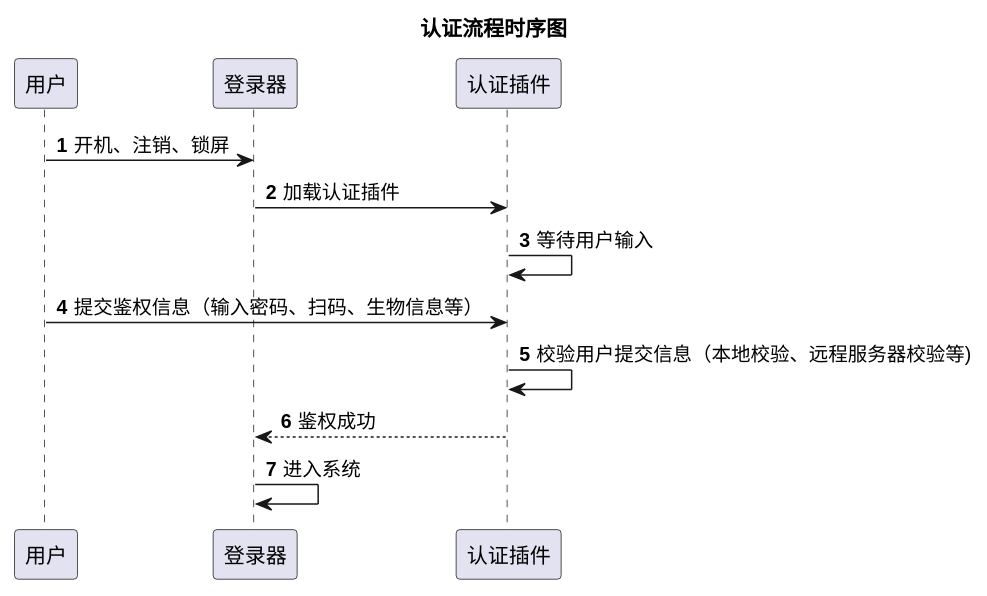
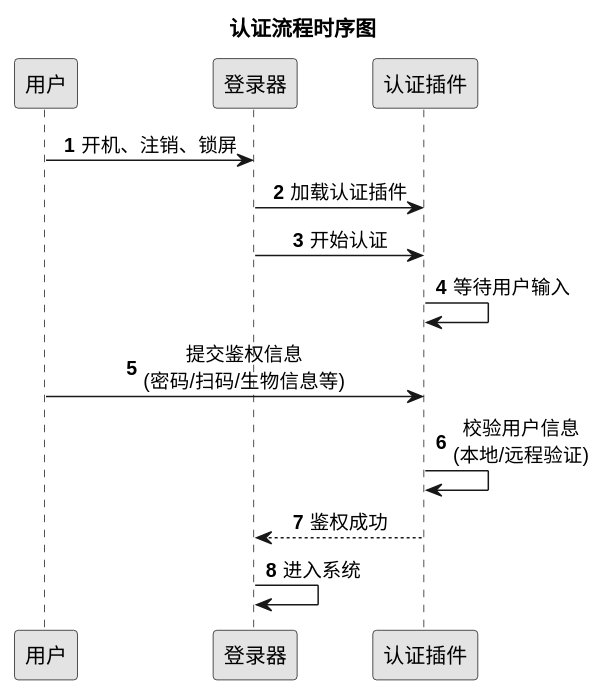
The first of 2 diagrams in docs/development-guide.md (linuxdeepin/dde-session-shell-snipe), drawn with PlantUML before and after one commit. The commit also changed other lines of this file and 98 other files, not shown here.

````diff
--- a/docs/development-guide.md
+++ b/docs/development-guide.md
@@ -13,13 +42,26 @@
 ```plantuml
 @startuml 认证流程时序图
+skinparam handwritten false
+skinparam monochrome true
+skinparam shadowing false
+skinparam defaultFontName sans-serif
+skinparam sequenceMessageAlign center
+
 title 认证流程时序图
+
+participant 用户
+participant 登录器
+participant 认证插件
+
 autonumber
 用户 -> 登录器: 开机、注销、锁屏
 登录器 -> 认证插件: 加载认证插件
+登录器 -> 认证插件: 开始认证
 认证插件 -> 认证插件: 等待用户输入
-用户 -> 认证插件: 提交鉴权信息（输入密码、扫码、生物信息等）
-认证插件 -> 认证插件: 校验用户提交信息（本地校验、远程服务器校验等)
+用户 -> 认证插件: 提交鉴权信息\n(密码/扫码/生物信息等)
+认证插件 -> 认证插件: 校验用户信息\n(本地/远程验证)
 认证插件 --> 登录器: 鉴权成功
 登录器 -> 登录器: 进入系统
+
 @enduml
 ```
````
